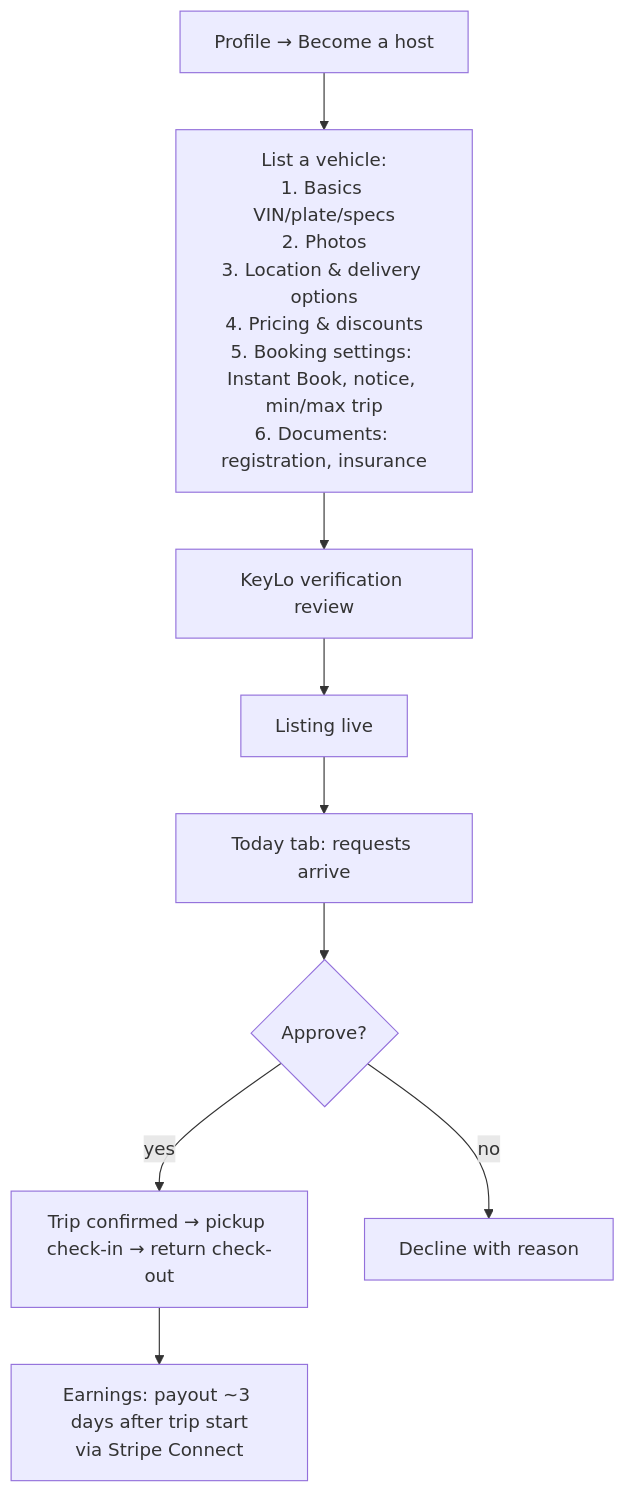
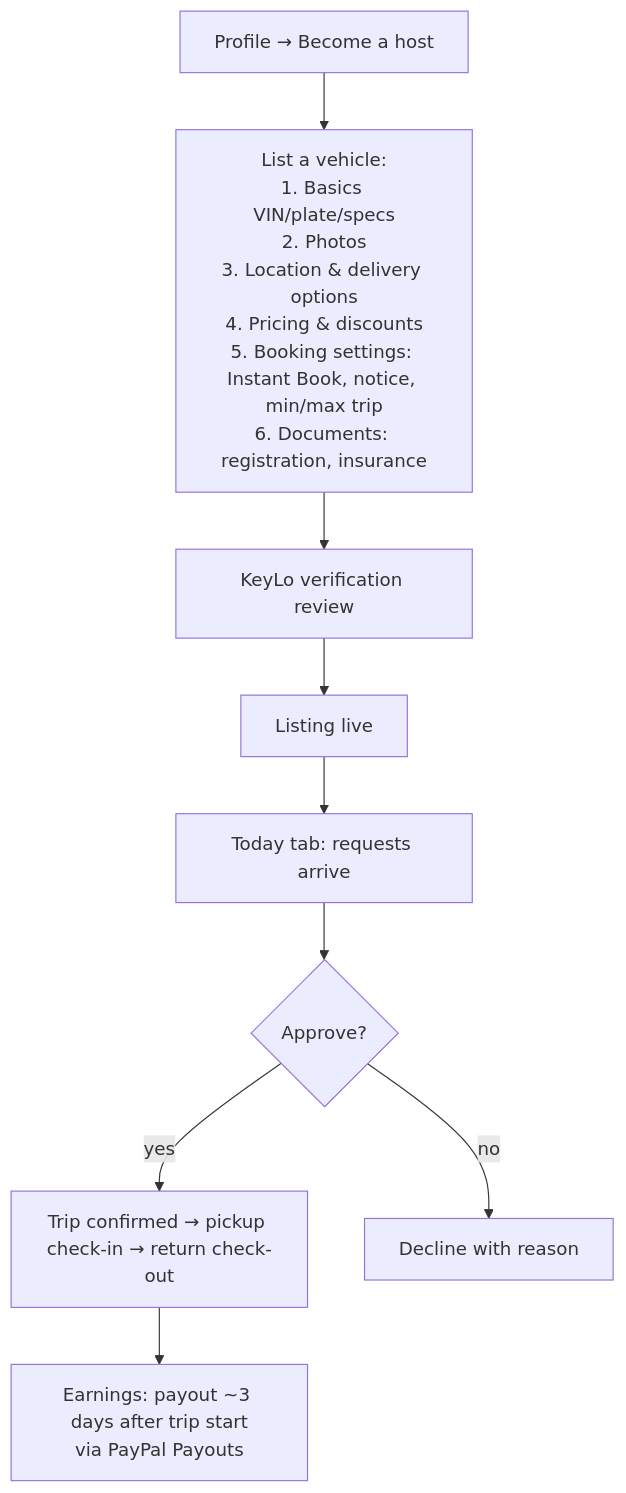
The fourth of 5 diagrams in design/02-user-flows.md (IslandManSwevo/island-rides-app), drawn with Mermaid before and after one commit. The commit also changed other lines of this file and 8 other files, not shown here.

First line of the commit message:
Design package: flight-aware pickups, drive-side primer, QR codes, offline check-in, PayPal interim rail, risk log

````diff
--- a/design/02-user-flows.md
+++ b/design/02-user-flows.md
@@ -98,9 +102,9 @@
 ```mermaid
 flowchart TD
     A[Profile → Become a host] --> B[List a vehicle:<br/>1. Basics VIN/plate/specs<br/>2. Photos<br/>3. Location & delivery options<br/>4. Pricing & discounts<br/>5. Booking settings: Instant Book, notice, min/max trip<br/>6. Documents: registration, insurance]
     B --> C[KeyLo verification review] --> D[Listing live]
     D --> E[Today tab: requests arrive] --> F{Approve?}
     F -- yes --> G[Trip confirmed → pickup check-in → return check-out]
     F -- no --> H[Decline with reason]
-    G --> I[Earnings: payout ~3 days after trip start<br/>via Stripe Connect]
+    G --> I[Earnings: payout ~3 days after trip start<br/>via PayPal Payouts]
 ```
````
